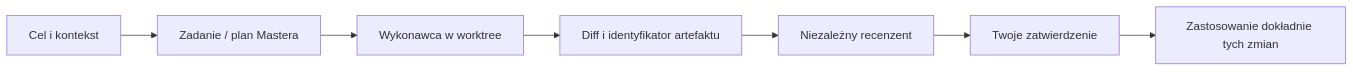
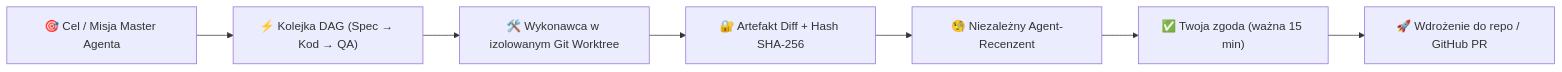
Before and after one commit to aievolutionpl/agentic-os: the diagram in README.md, drawn with Mermaid. The commit also changed other lines of this file and 2 other files, not shown here.

````diff
--- a/README.md
+++ b/README.md
@@ -91,9 +82,9 @@
 ```mermaid
 flowchart LR
-  A[Cel i kontekst] --> B[Zadanie / plan Mastera]
-  B --> C[Wykonawca w worktree]
-  C --> D[Diff i identyfikator artefaktu]
-  D --> E[Niezależny recenzent]
-  E --> F[Twoje zatwierdzenie]
-  F --> G[Zastosowanie dokładnie tych zmian]
+  A["🎯 Cel / Misja Master Agenta"] --> B["⚡ Kolejka DAG (Spec → Kod → QA)"]
+  B --> C["🛠️ Wykonawca w izolowanym Git Worktree"]
+  C --> D["🔐 Artefakt Diff + Hash SHA-256"]
+  D --> E["🧐 Niezależny Agent-Recenzent"]
+  E --> F["✅ Twoja zgoda (ważna 15 min)"]
+  F --> G["🚀 Wdrożenie do repo / GitHub PR"]
 ```
````
